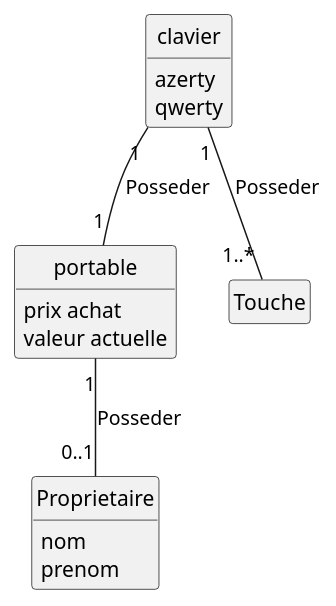
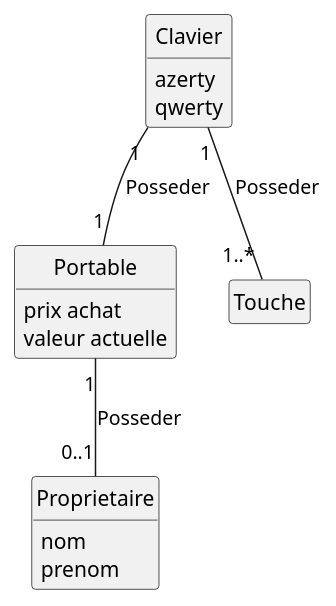
The diagram in TD1.2.2.plantuml (IUT-Blagnac/bcoo-YodYaya), drawn with PlantUML before and after one commit. The commit also changed other lines of this file, not shown here.

```diff
--- a/TD1.2.2.plantuml
+++ b/TD1.2.2.plantuml
@@ -2,37 +1,37 @@
 @startuml Ordinateurs Portables
 
 hide circle
 hide empty members
 hide empty methods
 
 
-class portable {  
+class portable as "Portable" {  
   
   prix achat
   valeur actuelle
   }
 
-class clavier {
+class clavier as "Clavier"{
   azerty
   qwerty
   
   
 }
 
 class Proprietaire {
   nom
   prenom
   }
 
 class Touche {
  
   }
 
 
 portable "1" -- "0..1" Proprietaire : Posseder
 clavier "1" -- "1" portable : Posseder
 clavier "1" -- "1..*" Touche : Posseder
 
 
 
 @enduml
```
